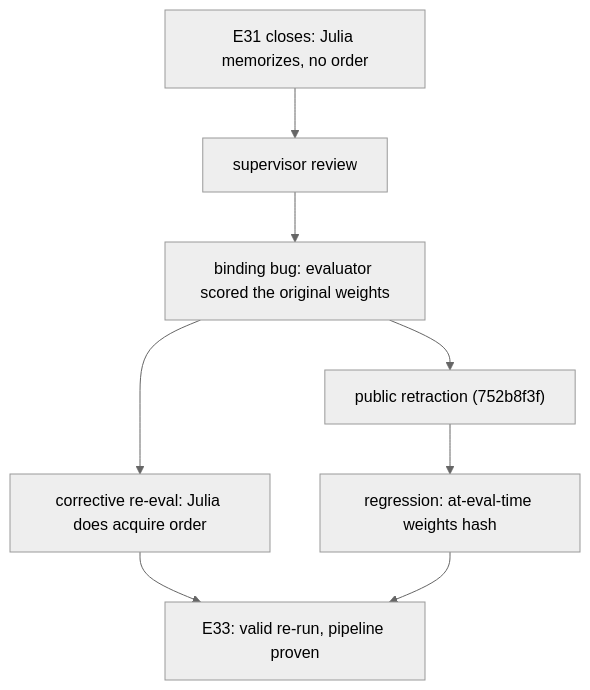
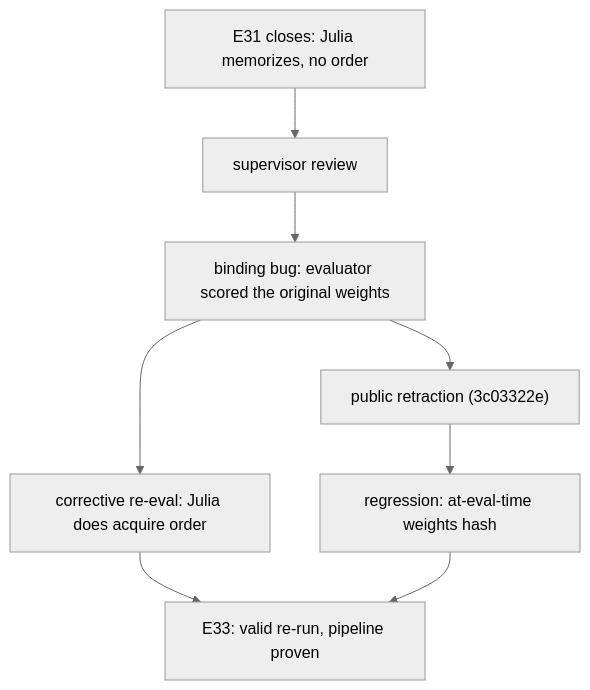
One commit to Gjusev/MK-SH-1 changed the third of 3 diagrams in README.md. Above: the diagram before and after it, drawn with Mermaid (neutral theme). The commit also changed other lines of this file and 2 other files, not shown here.

````diff
--- a/README.md
+++ b/README.md
@@ -177,10 +177,10 @@
 ```mermaid
 flowchart TD
     A["E31 closes: Julia memorizes, no order"] --> B["supervisor review"]
     B --> C["binding bug: evaluator scored the original weights"]
-    C --> D["public retraction (752b8f3f)"]
+    C --> D["public retraction (3c03322e)"]
     C --> E["corrective re-eval: Julia does acquire order"]
     D --> F["regression: at-eval-time weights hash"]
     E --> G["E33: valid re-run, pipeline proven"]
     F --> G
 ```
````
